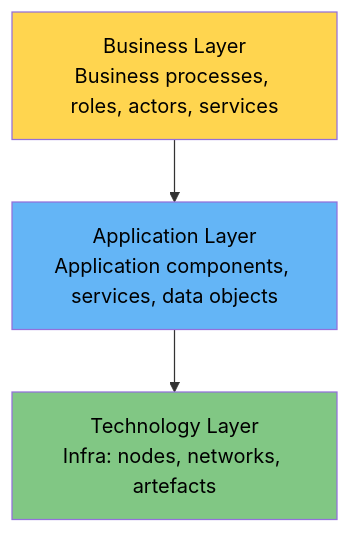
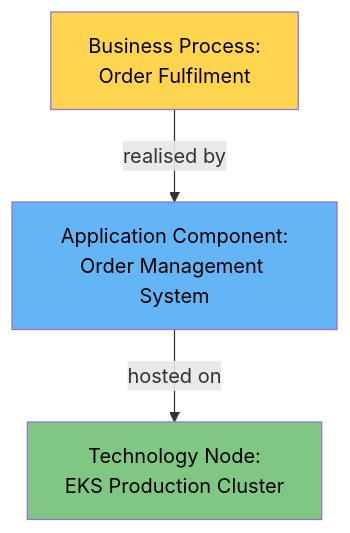
One commit to nitinkc/PrincipalEngineer_InterviewGuide changed the fourth of 4 diagrams in docs/02-architecture-diagramming.md. Above: the diagram before and after it, drawn with Mermaid. The commit also changed other lines of this file and 27 other files, not shown here.

````diff
--- a/docs/02-architecture-diagramming.md
+++ b/docs/02-architecture-diagramming.md
@@ -178,13 +132,8 @@
-```mermaid
-graph TD
-    B[Business Layer\nBusiness processes, roles, actors, services]
-    A[Application Layer\nApplication components, services, data objects]
-    T[Technology Layer\nInfra: nodes, networks, artefacts]
-
-    B --> A
-    A --> T
-
-    style B fill:#FFD54F,color:#000
-    style A fill:#64B5F6,color:#000
-    style T fill:#81C784,color:#000
-```
+    ```mermaid
+    graph TD
+        BP["Business Process:<br/>Order Fulfilment"] -->|"realised by"| AS["Application Component:<br/>Order Management System"]
+        AS -->|"hosted on"| Node["Technology Node:<br/>EKS Production Cluster"]
+        style BP fill:#FFD54F,color:#000
+        style AS fill:#64B5F6,color:#000
+        style Node fill:#81C784,color:#000
+    ```
````
